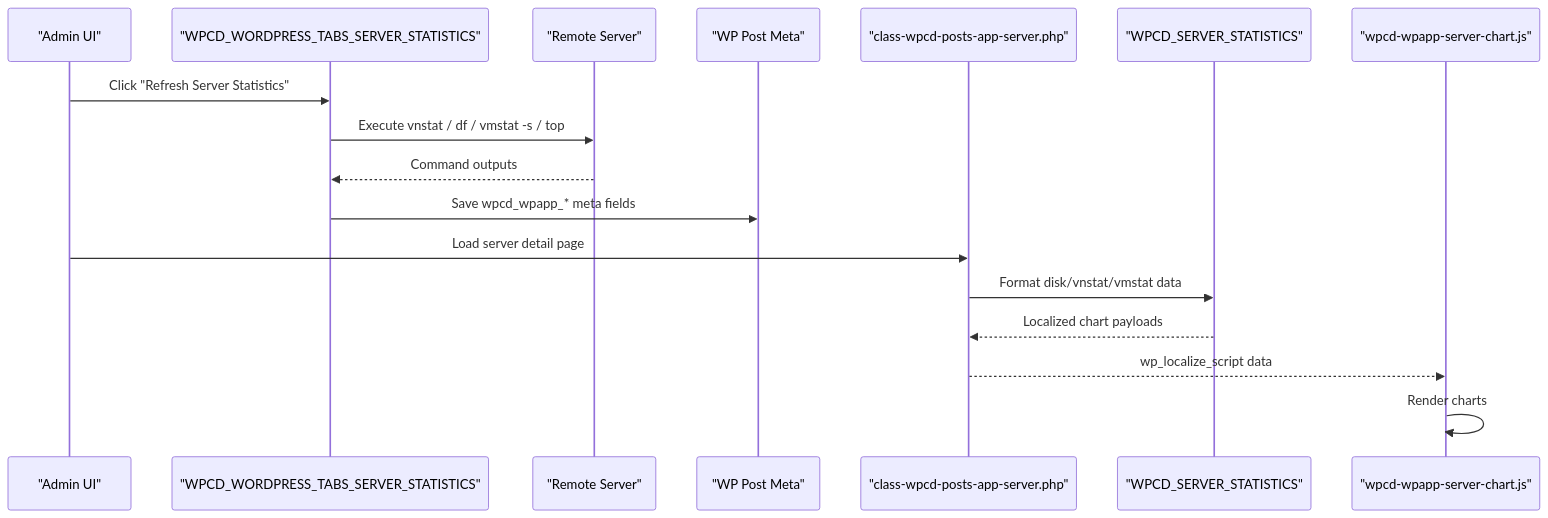
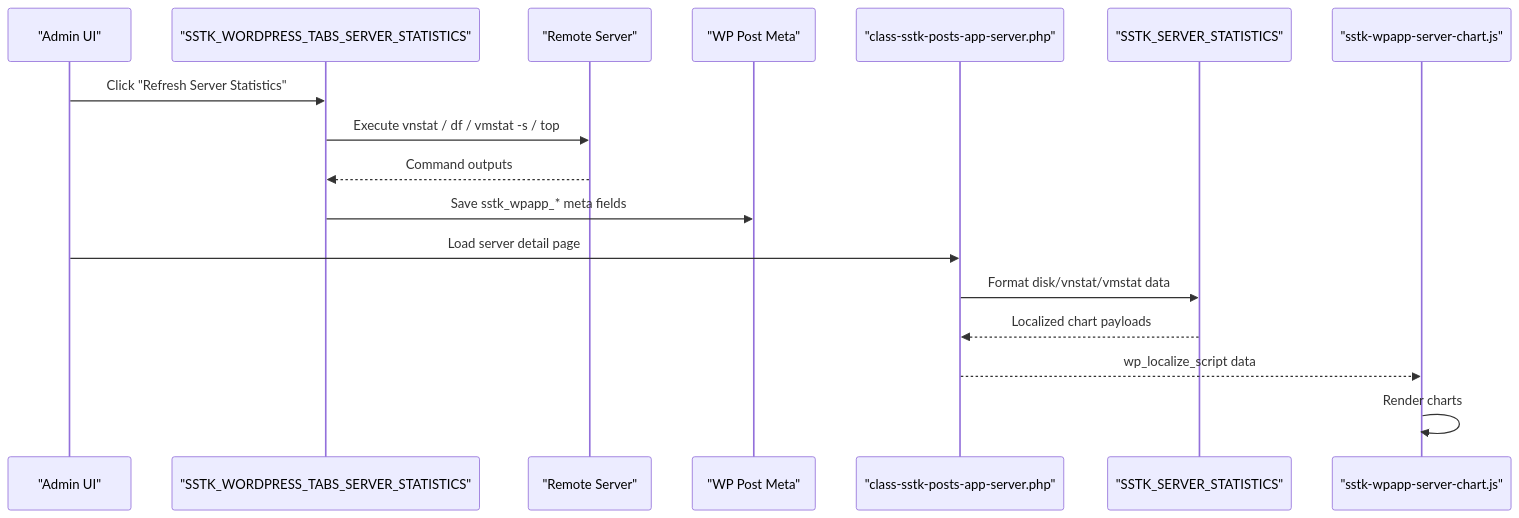
Before and after one commit to onedogsolutions/simple-stack: the second of 7 diagrams in .qoder/repowiki/en/content/Operational Tools/Monitoring Solutions/Built-in Server Statistics Collection.md, drawn with Mermaid. The commit also changed other lines of this file and 5941 other files, not shown here.

````diff
--- a/.qoder/repowiki/en/content/Operational Tools/Monitoring Solutions/Built-in Server Statistics Collection.md
+++ b/.qoder/repowiki/en/content/Operational Tools/Monitoring Solutions/Built-in Server Statistics Collection.md
@@ -101,19 +101,19 @@
 ```mermaid
 sequenceDiagram
 participant Admin as "Admin UI"
-participant Tab as "WPCD_WORDPRESS_TABS_SERVER_STATISTICS"
+participant Tab as "SSTK_WORDPRESS_TABS_SERVER_STATISTICS"
 participant SSH as "Remote Server"
 participant Store as "WP Post Meta"
-participant PHP as "class-wpcd-posts-app-server.php"
-participant Stats as "WPCD_SERVER_STATISTICS"
-participant FE as "wpcd-wpapp-server-chart.js"
+participant PHP as "class-sstk-posts-app-server.php"
+participant Stats as "SSTK_SERVER_STATISTICS"
+participant FE as "sstk-wpapp-server-chart.js"
 Admin->>Tab : Click "Refresh Server Statistics"
 Tab->>SSH : Execute vnstat / df / vmstat -s / top
 SSH-->>Tab : Command outputs
-Tab->>Store : Save wpcd_wpapp_* meta fields
+Tab->>Store : Save sstk_wpapp_* meta fields
 Admin->>PHP : Load server detail page
 PHP->>Stats : Format disk/vnstat/vmstat data
 Stats-->>PHP : Localized chart payloads
 PHP-->>FE : wp_localize_script data
 FE->>FE : Render charts
 ```
````
